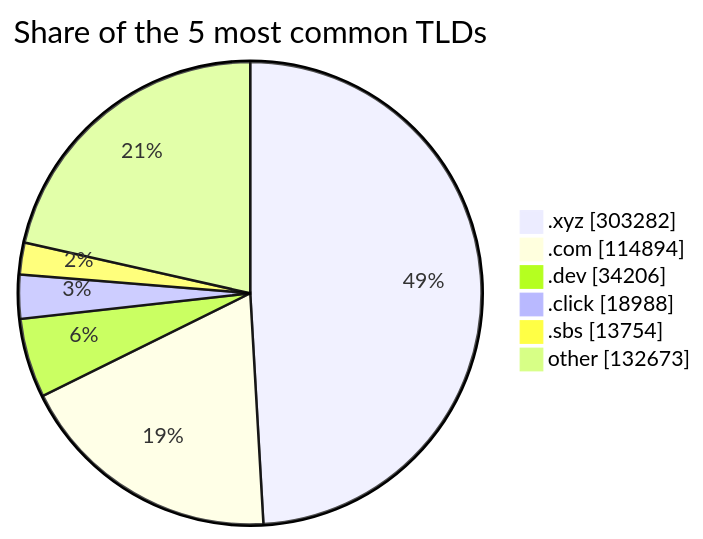
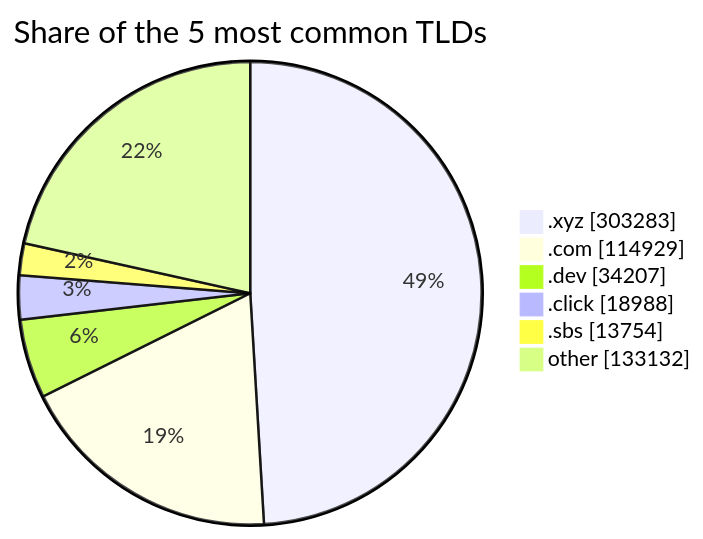
One commit to DNSBunker/CTI changed the third of 3 diagrams in README.md. Above: the diagram before and after it, drawn with Mermaid. The commit also changed other lines of this file and 3 other files, not shown here.

````diff
--- a/README.md
+++ b/README.md
@@ -81,9 +81,9 @@
 ```mermaid
 pie showData title Share of the 5 most common TLDs
-    ".xyz" : 303282
-    ".com" : 114894
-    ".dev" : 34206
+    ".xyz" : 303283
+    ".com" : 114929
+    ".dev" : 34207
     ".click" : 18988
     ".sbs" : 13754
-    "other" : 132673
+    "other" : 133132
 ```
````
